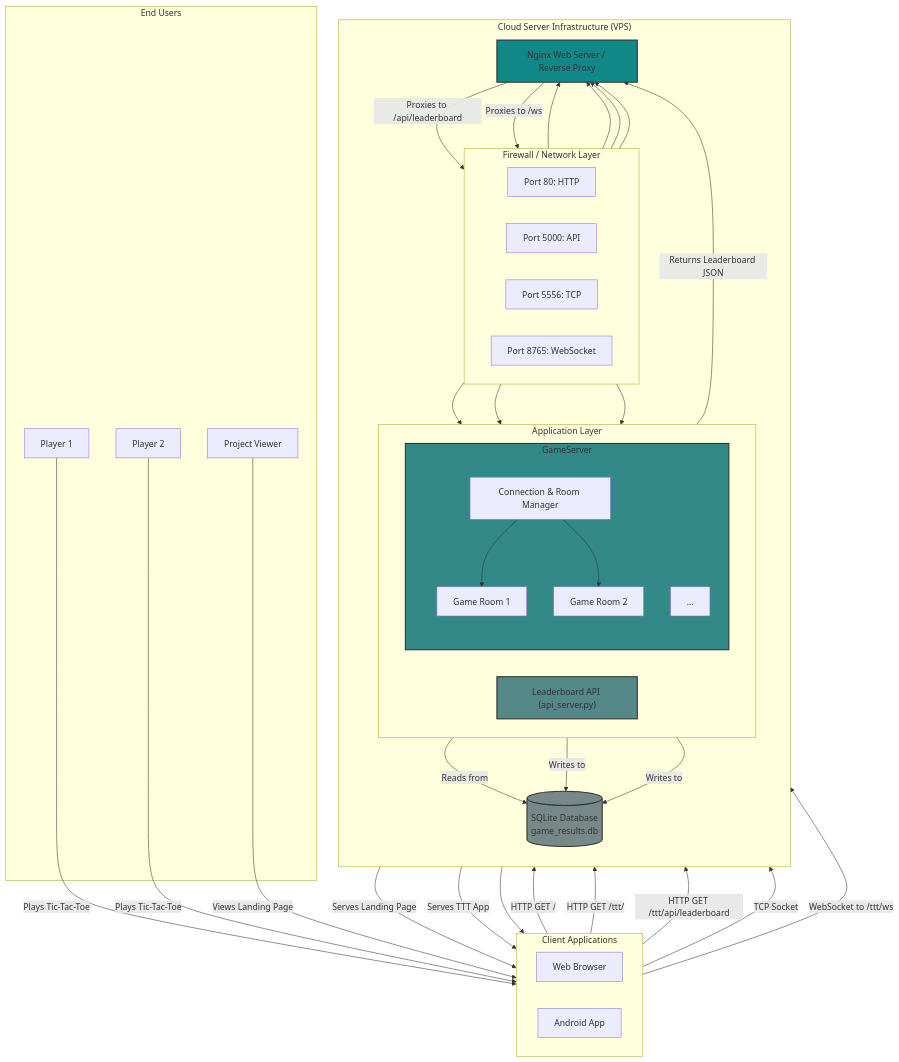
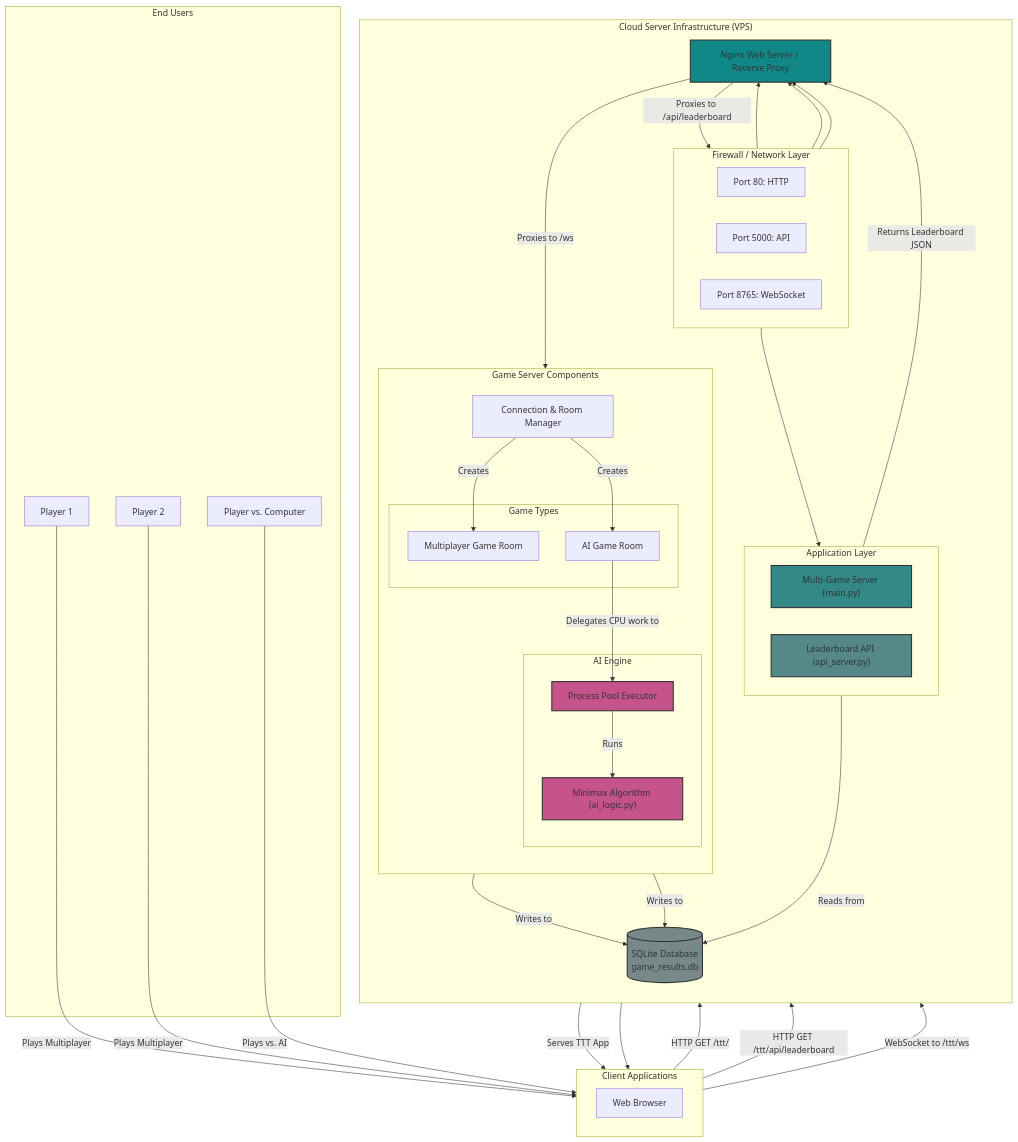
The diagram in docs/system_architecture.md (paragpachpute/multiplayer-tic-tac-to), drawn with Mermaid before and after one commit. The commit also changed 1 other file, not shown here.

Commit message:
docs: Update diagrams for AI game feature

````diff
--- a/docs/system_architecture.md
+++ b/docs/system_architecture.md
@@ -1,76 +1,80 @@
 ```mermaid
 graph TD
     subgraph "End Users"
         UserA[Player 1]
         UserB[Player 2]
-        UserC[Project Viewer]
+        UserC["Player vs. Computer"]
     end
 
     subgraph "Client Applications"
         direction LR
         Browser[Web Browser]
-        Android[Android App]
     end
 
     subgraph "Cloud Server Infrastructure (VPS)"
         direction TB
 
         subgraph "Firewall / Network Layer"
             direction LR
             Port80[Port 80: HTTP]
             Port5000[Port 5000: API]
-            Port5556[Port 5556: TCP]
             Port8765[Port 8765: WebSocket]
         end
         
         Nginx[Nginx Web Server / Reverse Proxy]
 
         subgraph "Application Layer"
             direction LR
-            GameServer["Multi-Game Server (server.py)"]
+            GameServer["Multi-Game Server (main.py)"]
             APIServer["Leaderboard API (api_server.py)"]
         end
 
-        Database[(SQLite Database<br>game_results.db)]
-        
-        subgraph GameServer
+        subgraph "Game Server Components"
             direction TB
             RoomManager["Connection & Room Manager"]
-            GameRoom1["Game Room 1"]
-            GameRoom2["Game Room 2"]
-            GameRoomN["..."]
+            subgraph "Game Types"
+                GameRoom["Multiplayer Game Room"]
+                AIGameRoom["AI Game Room"]
+            end
+            subgraph "AI Engine"
+                ProcessPool["Process Pool Executor"]
+                Minimax["Minimax Algorithm (ai_logic.py)"]
+            end
         end
+
+        Database[(SQLite Database<br>game_results.db)]
     end
     
-    UserA -- "Plays Tic-Tac-Toe" --> Browser
-    UserB -- "Plays Tic-Tac-Toe" --> Android
-    UserC -- "Views Landing Page" --> Browser
+    UserA -- "Plays Multiplayer" --> Browser
+    UserB -- "Plays Multiplayer" --> Browser
+    UserC -- "Plays vs. AI" --> Browser
 
     %% Data Flows
-    Browser -- "HTTP GET /" --> Port80 --> Nginx
-    Nginx -- "Serves Landing Page" --> Browser
-    
     Browser -- "HTTP GET /ttt/" --> Port80 --> Nginx
     Nginx -- "Serves TTT App" --> Browser
 
     Browser -- "HTTP GET /ttt/api/leaderboard" --> Port80 --> Nginx
     Nginx -- "Proxies to /api/leaderboard" --> Port5000 --> APIServer
     APIServer -- "Reads from" --> Database
     APIServer -- "Returns Leaderboard JSON" --> Nginx --> Browser
 
-    Android -- "TCP Socket" --> Port5556 --> RoomManager
     Browser -- "WebSocket to /ttt/ws" --> Port80 --> Nginx
-    Nginx -- "Proxies to /ws" --> Port8765 --> RoomManager
+    Nginx -- "Proxies to /ws" --> RoomManager
     
-    RoomManager --> GameRoom1
-    RoomManager --> GameRoom2
+    RoomManager -- "Creates" --> GameRoom
+    RoomManager -- "Creates" --> AIGameRoom
     
-    GameRoom1 -- "Writes to" --> Database
-    GameRoom2 -- "Writes to" --> Database
+    AIGameRoom -- "Delegates CPU work to" --> ProcessPool
+    ProcessPool -- "Runs" --> Minimax
+    
+    GameRoom -- "Writes to" --> Database
+    AIGameRoom -- "Writes to" --> Database
 
     %% Styling
     style Nginx fill:#188,stroke:#333,stroke-width:2px
     style GameServer fill:#388,stroke:#333,stroke-width:2px
     style APIServer fill:#588,stroke:#333,stroke-width:2px
     style Database fill:#788,stroke:#333,stroke-width:2px
+    style ProcessPool fill:#c6538c,stroke:#333,stroke-width:2px
+    style Minimax fill:#c6538c,stroke:#333,stroke-width:2px
 ```
````
